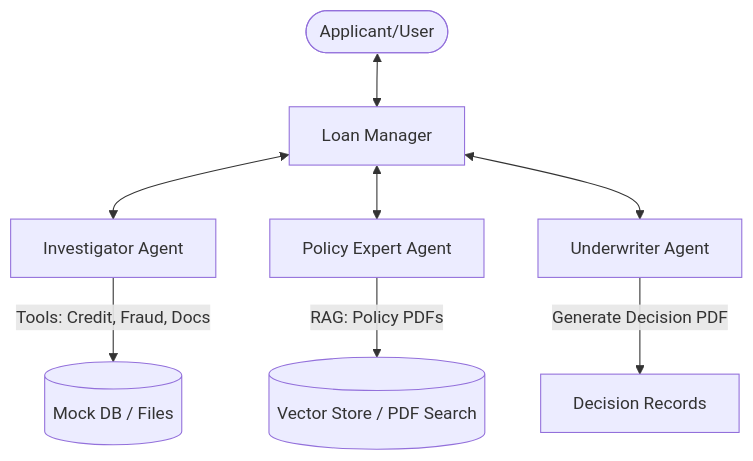
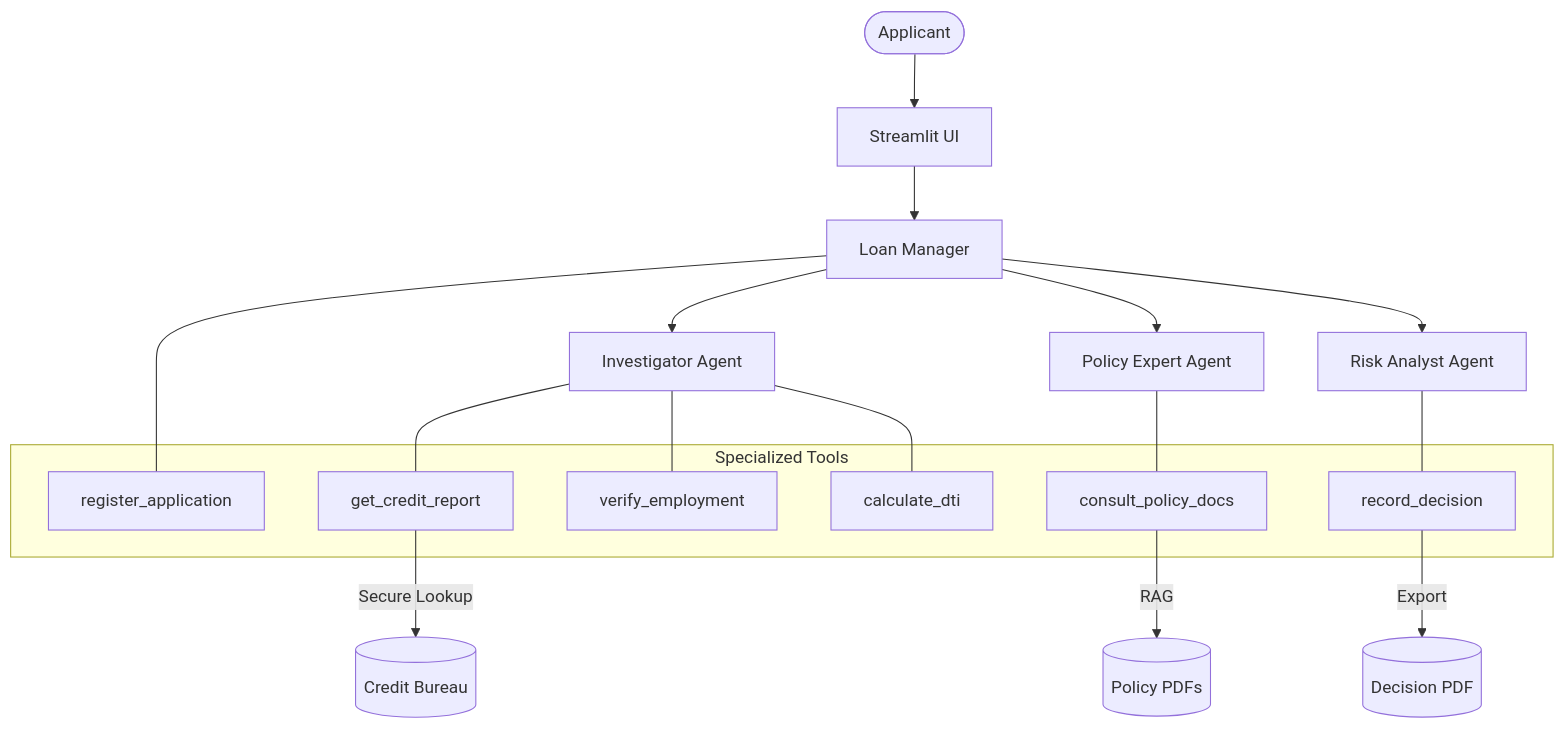
Before and after one commit to brendanhills/uk-bh-cch-demos: the diagram in loan-approval-agent/README.md, drawn with Mermaid. The commit also changed 22 other files, not shown here.

````diff
--- a/loan-approval-agent/README.md
+++ b/loan-approval-agent/README.md
@@ -16,11 +16,27 @@
 ```mermaid
 graph TD
-    User([Applicant/User]) <--> Orchestrator[Loan Manager]
-    Orchestrator <--> Investigator[Investigator Agent]
-    Orchestrator <--> Policy[Policy Expert Agent]
-    Orchestrator <--> Underwriter[Underwriter Agent]
+    User([Applicant]) --> UI[Streamlit UI]
+    UI --> Manager[Loan Manager]
     
-    Investigator -- "Tools: Credit, Fraud, Docs" --> MockDB[(Mock DB / Files)]
-    Policy -- "RAG: Policy PDFs" --> VectorStore[(Vector Store / PDF Search)]
-    Underwriter -- "Generate Decision PDF" --> Artifacts[Decision Records]
+    Manager --> Invest[Investigator Agent]
+    Manager --> Policy[Policy Expert Agent]
+    Manager --> Risk[Risk Analyst Agent]
+
+    subgraph Tools [Specialized Tools]
+        T1[register_application]
+        T2[get_credit_report]
+        T3[verify_employment]
+        T4[calculate_dti]
+        T5[consult_policy_docs]
+        T6[record_decision]
+    end
+
+    Manager --- T1
+    Invest --- T2 & T3 & T4
+    Policy --- T5
+    Risk --- T6
+    
+    T2 -- "Secure Lookup" --> Bureau[(Credit Bureau)]
+    T5 -- "RAG" --> PolicyDocs[(Policy PDFs)]
+    T6 -- "Export" --> PDF[(Decision PDF)]
 ```
````
